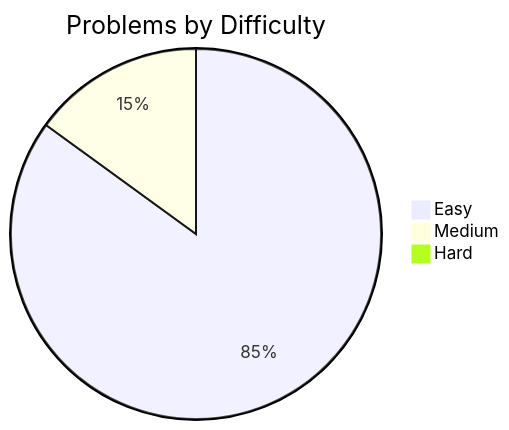
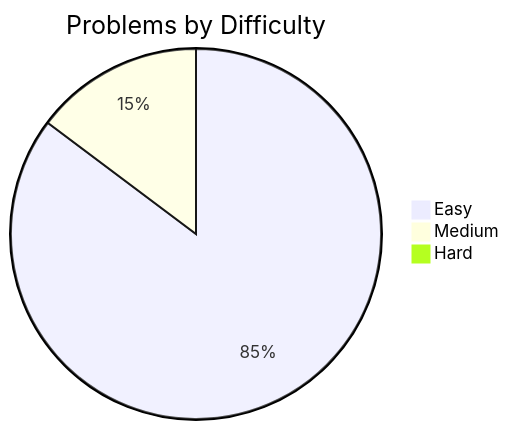
One commit to davelin18yufan/leetcode-journal changed the diagram in README.md. Above: the diagram before and after it, drawn with Mermaid. The commit also changed other lines of this file and 4 other files, not shown here.

````diff
--- a/README.md
+++ b/README.md
@@ -7,7 +7,7 @@
 ```mermaid
 pie
     title Problems by Difficulty
-    "Easy" : 51
+    "Easy" : 52
     "Medium" : 9
     "Hard" : 0
 ```
````
